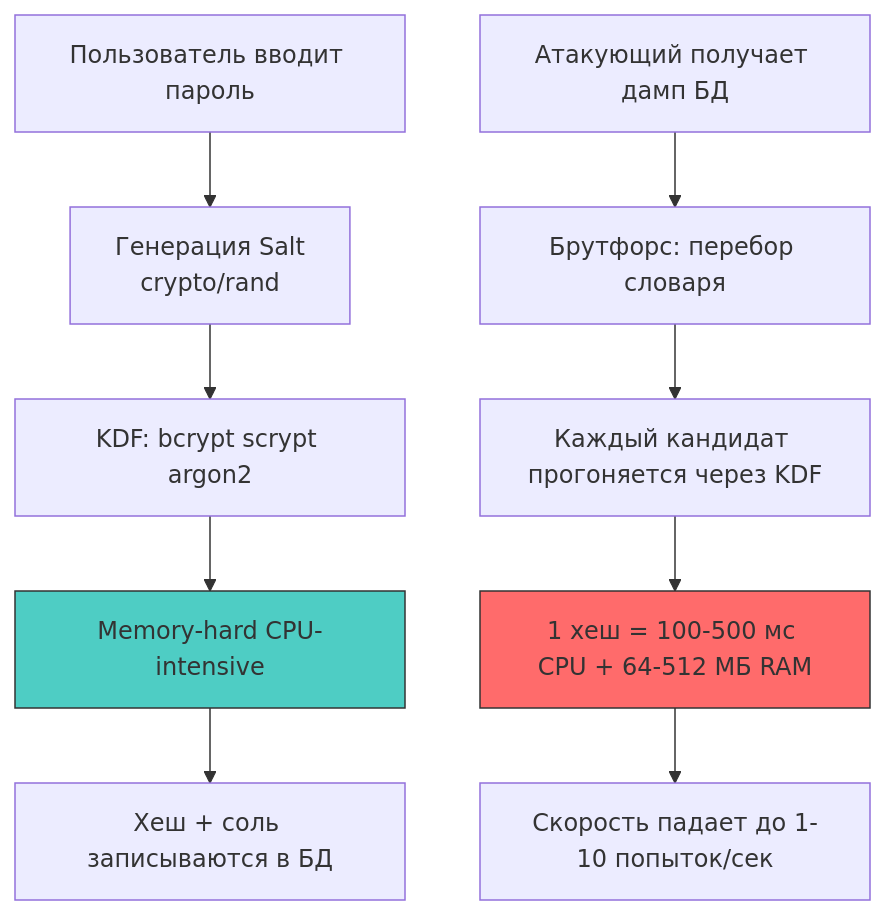
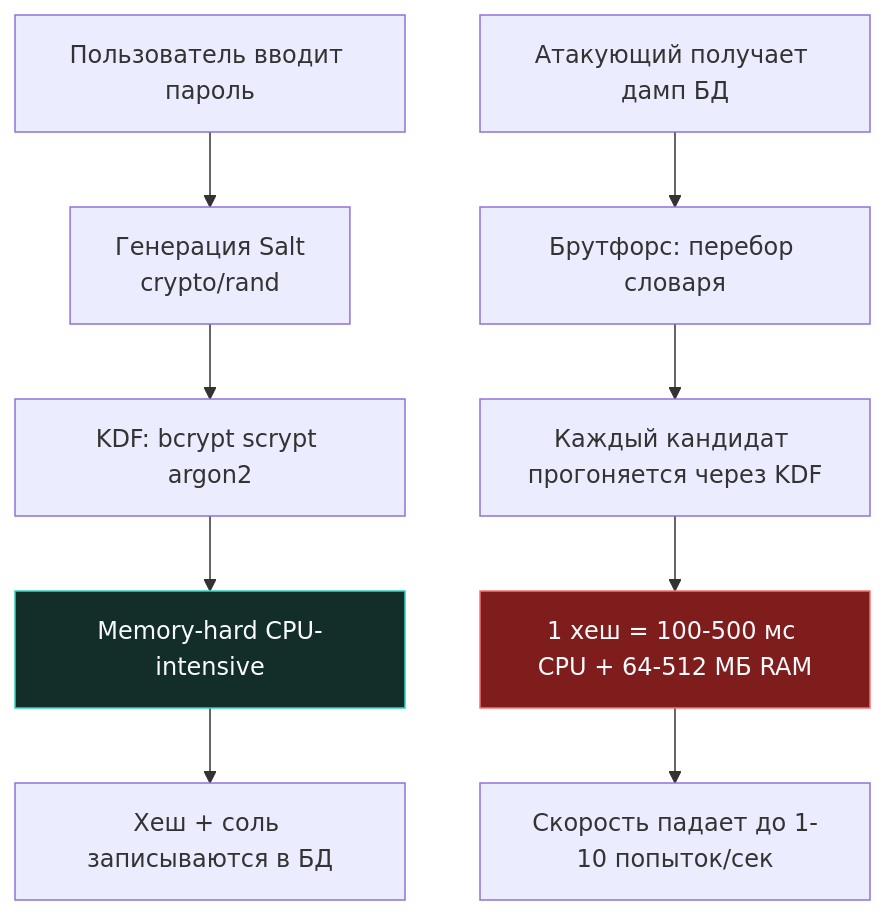
One commit to UnrealTemplier/go-textbook changed the first of 2 diagrams in sources/17. Безопасность (AppSec в Go)/02. Аутентификация и авторизация/1. Пароли и хранение хешей.md. Above: the diagram before and after it, drawn with Mermaid. The commit also changed other lines of this file and 310 other files, not shown here.

First line of the commit message:
fix(mermaid): replace light fill colors with dark palette for readability on dark theme

````diff
--- a/sources/17. Безопасность (AppSec в Go)/02. Аутентификация и авторизация/1. Пароли и хранение хешей.md
+++ b/sources/17. Безопасность (AppSec в Go)/02. Аутентификация и авторизация/1. Пароли и хранение хешей.md
@@ -16,15 +16,15 @@
 ```mermaid
 flowchart TD
     A["Пользователь вводит пароль"] --> B["Генерация Salt<br>crypto/rand"]
     B --> C["KDF: bcrypt scrypt argon2"]
     C --> D["Memory-hard CPU-intensive"]
     D --> E["Хеш + соль записываются в БД"]
     
     F["Атакующий получает дамп БД"] --> G["Брутфорс: перебор словаря"]
     G --> H["Каждый кандидат прогоняется через KDF"]
     H --> I["1 хеш = 100-500 мс CPU + 64-512 МБ RAM"]
     I --> J["Скорость падает до 1-10 попыток/сек"]
     
-    style D fill:#4ecdc4,stroke:#333
-    style I fill:#ff6b6b,stroke:#333
+    style D fill:#132d29,stroke:#2dd4bf,color:#f8fafc
+    style I fill:#7f1d1d,stroke:#f87171,color:#f8fafc
 ```
````
